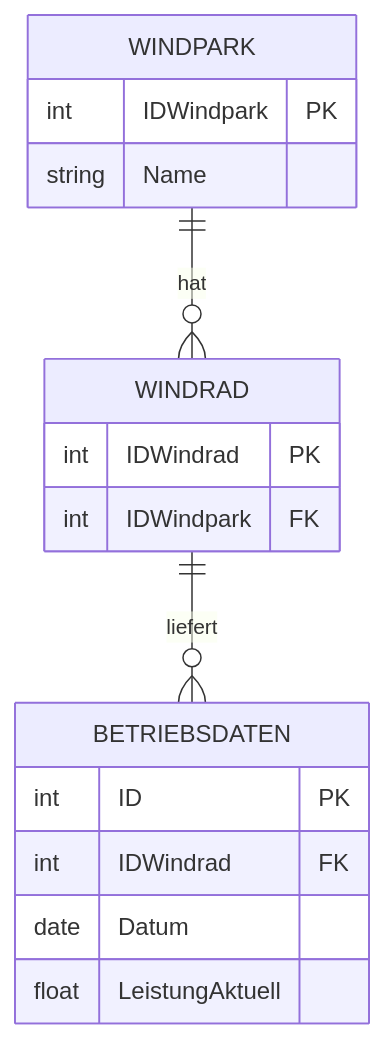
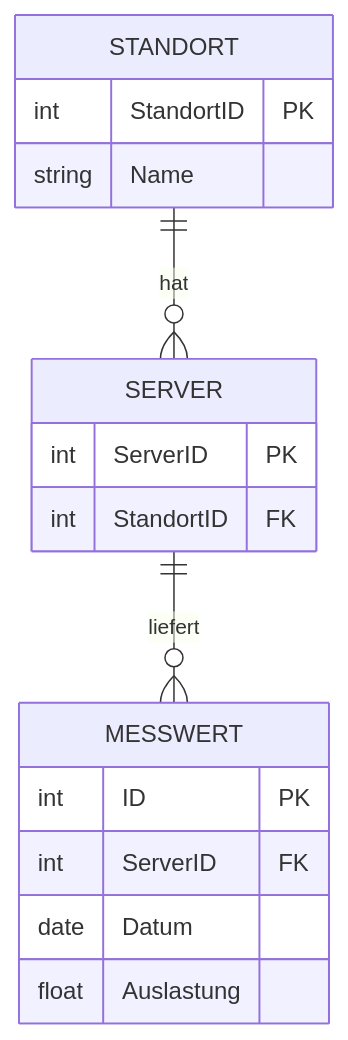
Before and after one commit to Woschj/Fisi_Fiae_Pruefungsvorbereitung: the diagram in AP2/FISI/10 Lernmodule/1 Konzeption und Administration/FISI-8 Datenbanken und Modellierung.md, drawn with Mermaid. The commit also changed other lines of this file and 17 other files, not shown here.

````diff
--- a/AP2/FISI/10 Lernmodule/1 Konzeption und Administration/FISI-8 Datenbanken und Modellierung.md
+++ b/AP2/FISI/10 Lernmodule/1 Konzeption und Administration/FISI-8 Datenbanken und Modellierung.md
@@ -103,19 +103,19 @@
 ```mermaid
 erDiagram
-  WINDPARK ||--o{ WINDRAD : "hat"
-  WINDRAD ||--o{ BETRIEBSDATEN : "liefert"
-  WINDPARK {
-    int IDWindpark PK
+  STANDORT ||--o{ SERVER : "hat"
+  SERVER ||--o{ MESSWERT : "liefert"
+  STANDORT {
+    int StandortID PK
     string Name
   }
-  WINDRAD {
-    int IDWindrad PK
-    int IDWindpark FK
+  SERVER {
+    int ServerID PK
+    int StandortID FK
   }
-  BETRIEBSDATEN {
+  MESSWERT {
     int ID PK
-    int IDWindrad FK
+    int ServerID FK
     date Datum
-    float LeistungAktuell
+    float Auslastung
   }
 ```
````
